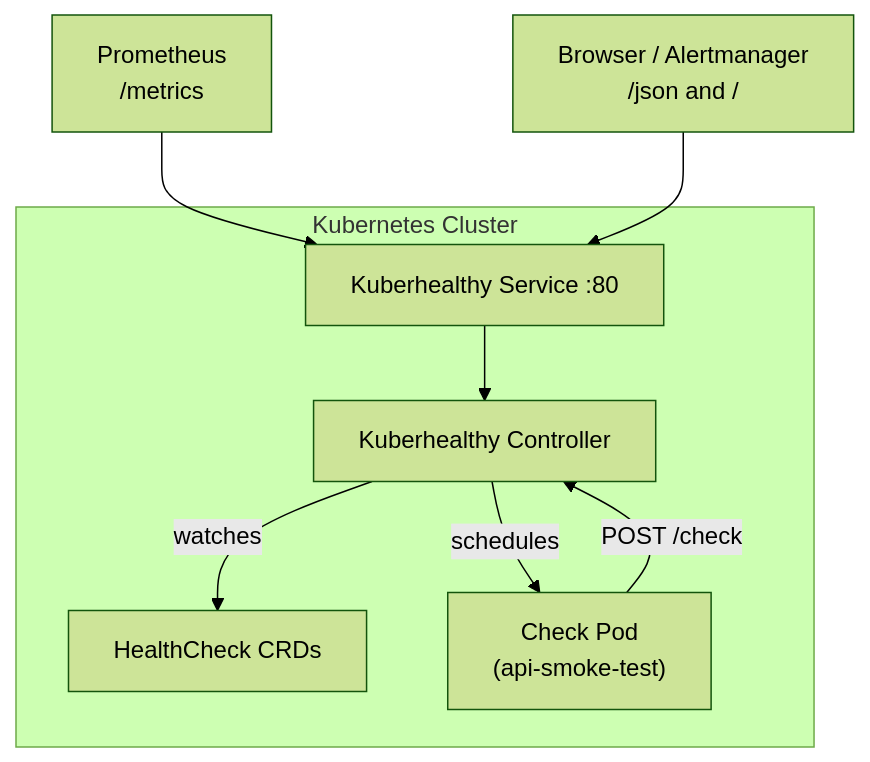
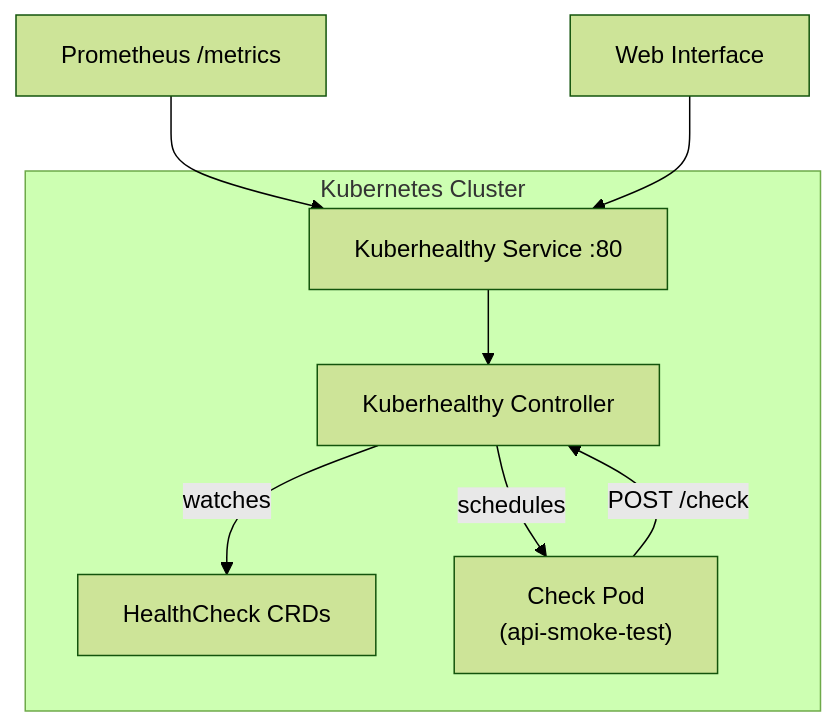
One commit to kuberhealthy/kuberhealthy changed the diagram in README.md. Above: the diagram before and after it, drawn with Mermaid (forest theme).

````diff
--- a/README.md
+++ b/README.md
@@ -31,20 +31,20 @@
 ```mermaid
 graph TB
-    prometheus["Prometheus\n/metrics"]
-    browser["Browser / Alertmanager\n/json and /"]
+    prometheus["Prometheus /metrics"]
+    browser["Web Interface"]
 
     subgraph cluster["Kubernetes Cluster"]
         svc["Kuberhealthy Service :80"]
         crds["HealthCheck CRDs"]
         controller["Kuberhealthy Controller"]
         pod["Check Pod\n(api-smoke-test)"]
 
         svc --> controller
         controller -->|watches| crds
         controller -->|schedules| pod
         pod -->|"POST /check"| controller
     end
 
     prometheus --> svc
     browser --> svc
 ```
````
